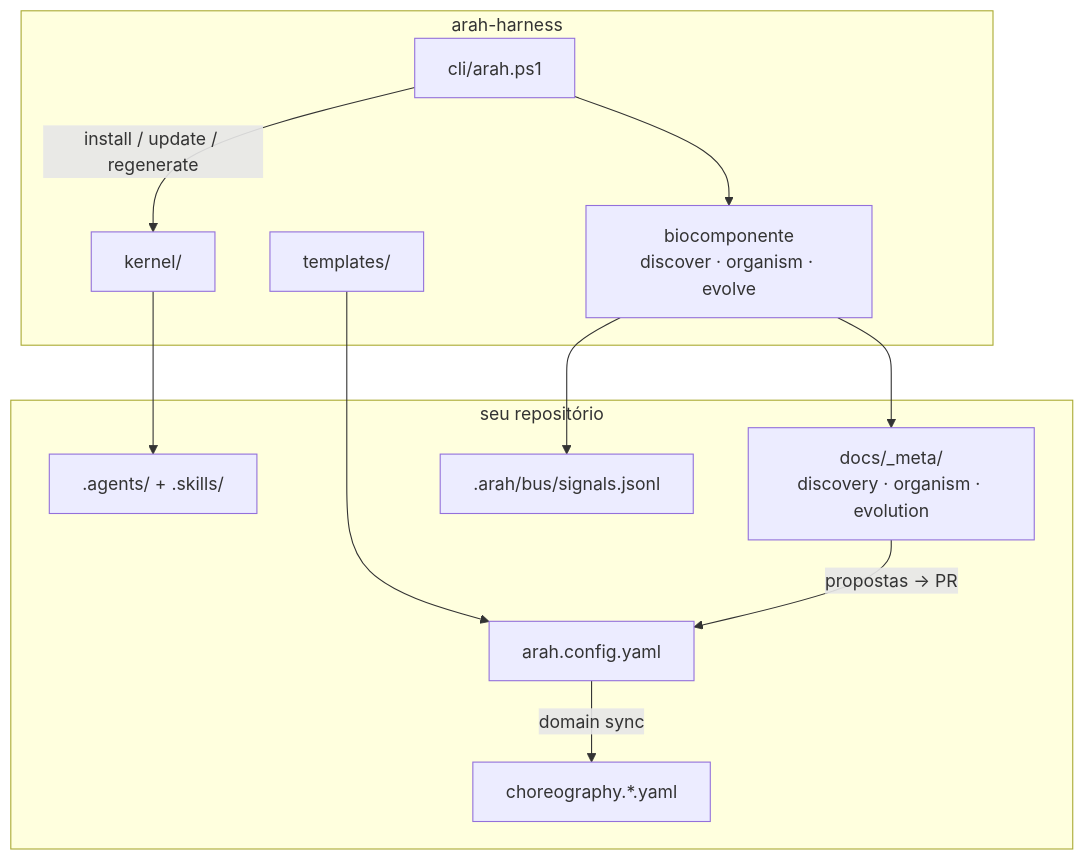
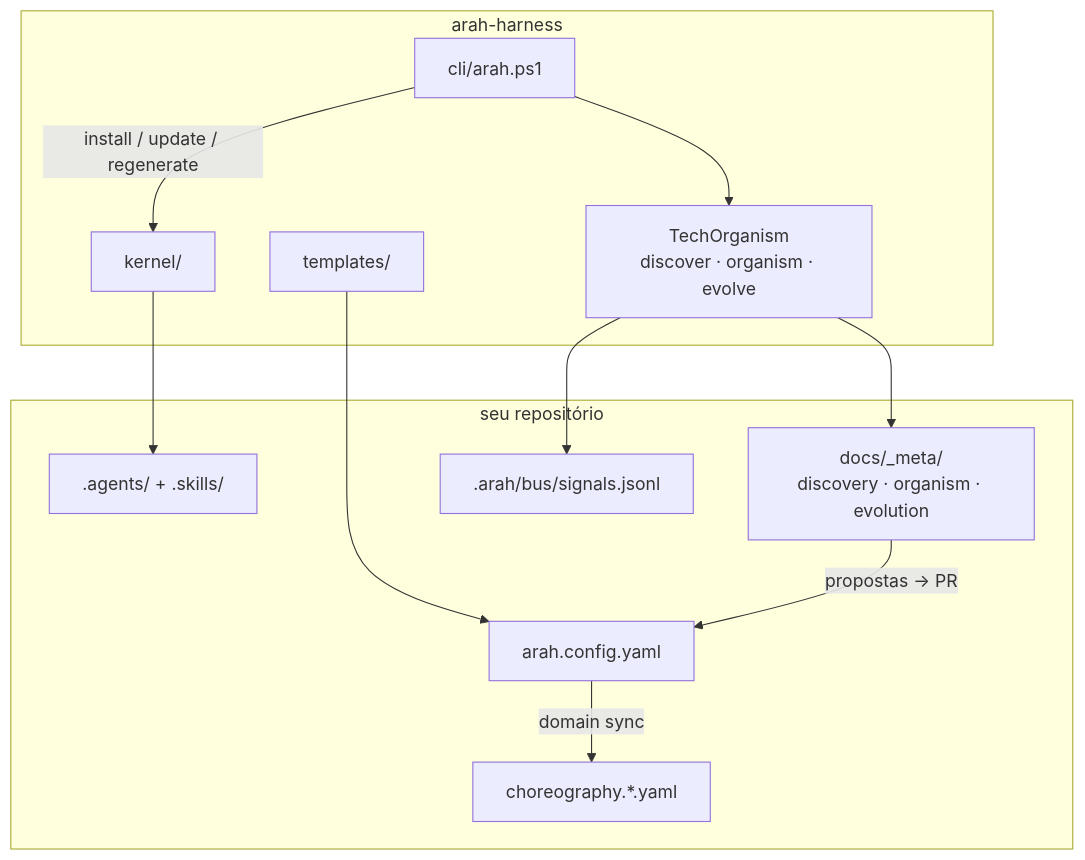
The diagram in README.md (sraphaz/arah-harness), drawn with Mermaid before and after one commit. The commit also changed other lines of this file and 19 other files, not shown here.

First line of the commit message:
docs: brand living dimension as TechOrganism

````diff
--- a/README.md
+++ b/README.md
@@ -103,24 +105,24 @@
 ```mermaid
 flowchart TB
   subgraph harness["arah-harness"]
     CLI["cli/arah.ps1"]
     KERNEL["kernel/"]
     TPL["templates/"]
-    BIO["biocomponente<br/>discover · organism · evolve"]
+    TO["TechOrganism<br/>discover · organism · evolve"]
   end
   subgraph target["seu repositório"]
     CFG["arah.config.yaml"]
     AGENTS[".agents/ + .skills/"]
     META["docs/_meta/<br/>discovery · organism · evolution"]
     BUS[".arah/bus/signals.jsonl"]
     OVERLAY["choreography.*.yaml"]
   end
   CLI -->|install / update / regenerate| KERNEL
-  CLI --> BIO
+  CLI --> TO
   KERNEL --> AGENTS
   TPL --> CFG
-  BIO --> META
-  BIO --> BUS
+  TO --> META
+  TO --> BUS
   CFG -->|domain sync| OVERLAY
   META -->|propostas → PR| CFG
 ```
````
